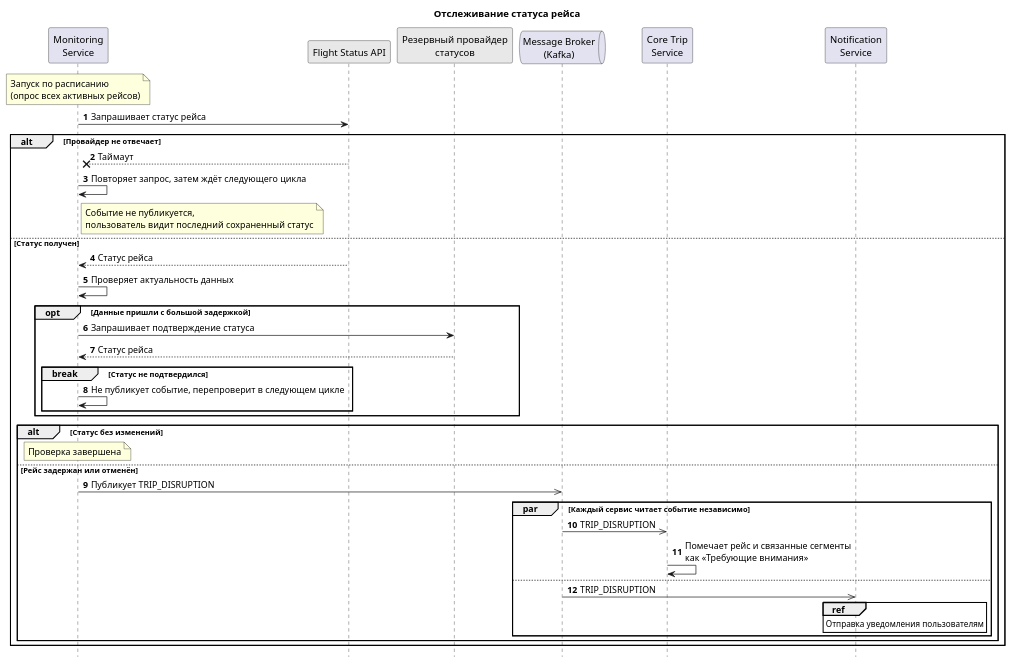
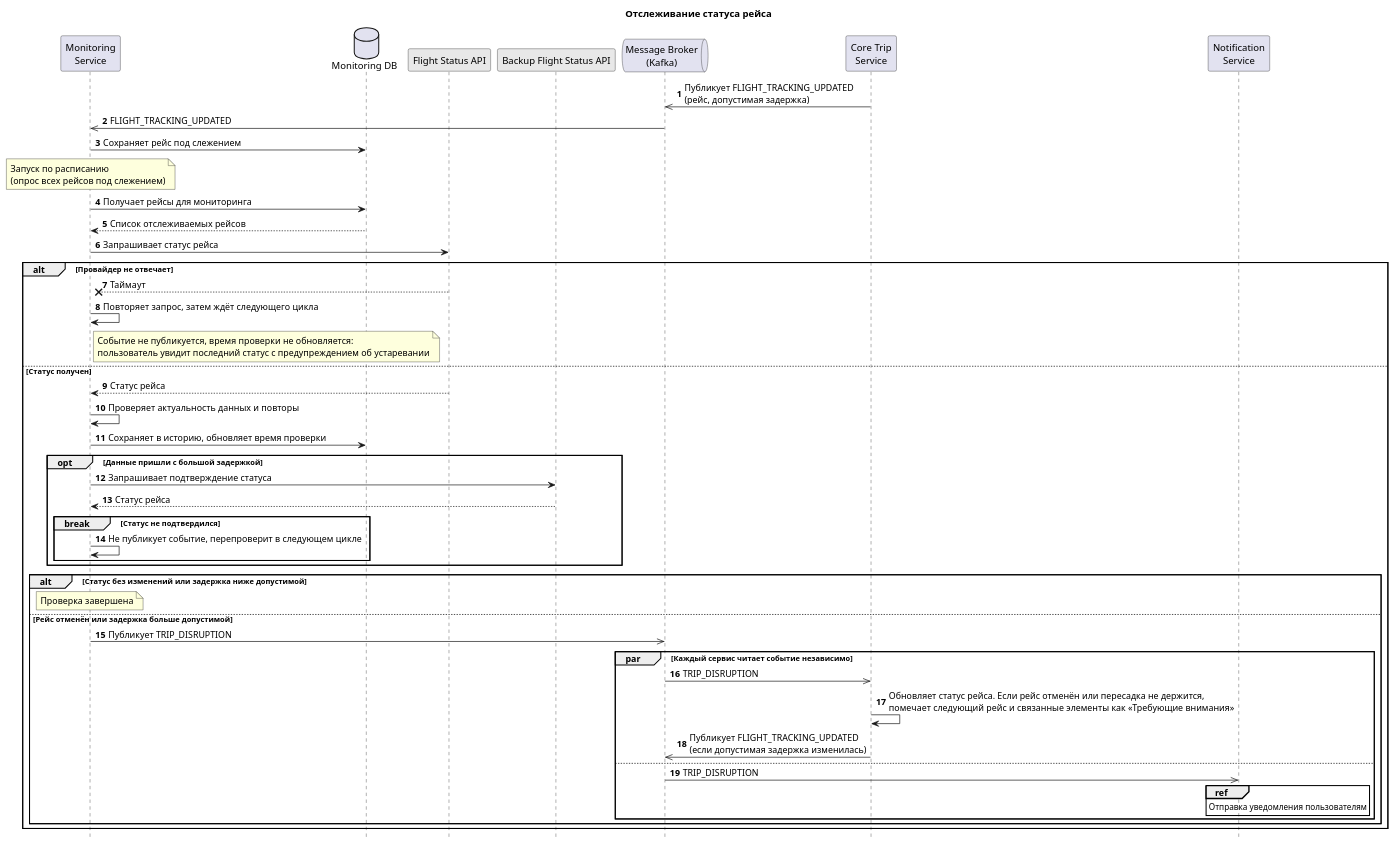
Before and after one commit to aabzalovaa/traveltech-trip-planner: the diagram in 04-sequence/flight-tracking.md, drawn with PlantUML. The commit also changed other lines of this file, not shown here.

````diff
--- a/04-sequence/flight-tracking.md
+++ b/04-sequence/flight-tracking.md
@@ -4,52 +4,62 @@
 ```plantuml
 @startuml
 title Отслеживание статуса рейса
 hide footbox
 autonumber
 
 participant "Monitoring\nService" as MON
+database "Monitoring DB" as MDB
 participant "Flight Status API" as FS #E8E8E8
-participant "Резервный провайдер\nстатусов" as RP #E8E8E8
+participant "Backup Flight Status API" as RP #E8E8E8
 queue "Message Broker\n(Kafka)" as KF
 participant "Core Trip\nService" as CT
 participant "Notification\nService" as NT
 
-note over MON : Запуск по расписанию\n(опрос всех активных рейсов)
+CT ->> KF : Публикует FLIGHT_TRACKING_UPDATED\n(рейс, допустимая задержка)
+KF ->> MON : FLIGHT_TRACKING_UPDATED
+MON -> MDB : Сохраняет рейс под слежением
+
+note over MON : Запуск по расписанию\n(опрос всех рейсов под слежением)
+
+MON -> MDB : Получает рейсы для мониторинга 
+MDB --> MON : Список отслеживаемых рейсов
 
 MON -> FS : Запрашивает статус рейса
 
 alt Провайдер не отвечает
   FS --x MON : Таймаут
   MON -> MON : Повторяет запрос, затем ждёт следующего цикла
-  note right of MON : Событие не публикуется,\nпользователь видит последний сохраненный статус
+  note right of MON : Событие не публикуется, время проверки не обновляется:\nпользователь увидит последний статус с предупреждением об устаревании
 
 else Статус получен
   FS --> MON : Статус рейса
-  MON -> MON : Проверяет актуальность данных
+  MON -> MON : Проверяет актуальность данных и повторы
+  MON -> MDB : Сохраняет в историю, обновляет время проверки
 
   opt Данные пришли с большой задержкой
     MON -> RP : Запрашивает подтверждение статуса
     RP --> MON : Статус рейса
 
     break Статус не подтвердился
       MON -> MON : Не публикует событие, перепроверит в следующем цикле
     end
   end
 
-  alt Статус без изменений
+  alt Статус без изменений или задержка ниже допустимой
     note over MON : Проверка завершена
 
-  else Рейс задержан или отменён
+  else Рейс отменён или задержка больше допустимой
     MON ->> KF : Публикует TRIP_DISRUPTION
 
     par Каждый сервис читает событие независимо
       KF ->> CT : TRIP_DISRUPTION
-      CT -> CT : Помечает рейс и связанные сегменты\nкак «Требующие внимания»
+      CT -> CT : Обновляет статус рейса. Если рейс отменён или пересадка не держится,\nпомечает следующий рейс и связанные элементы как «Требующие внимания»
+      CT ->> KF : Публикует FLIGHT_TRACKING_UPDATED\n(если допустимая задержка изменилась)
     else
       KF ->> NT : TRIP_DISRUPTION
       ref over NT : Отправка уведомления пользователям
     end
   end
 end
 @enduml
 ```
````
